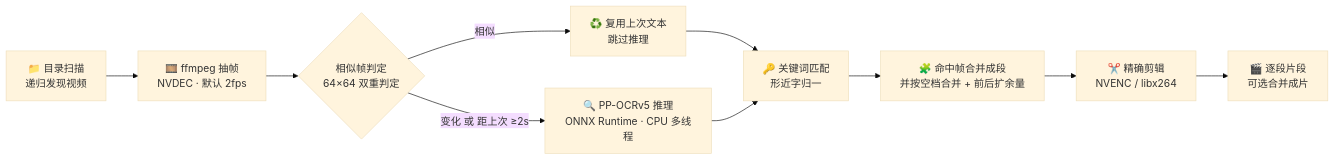
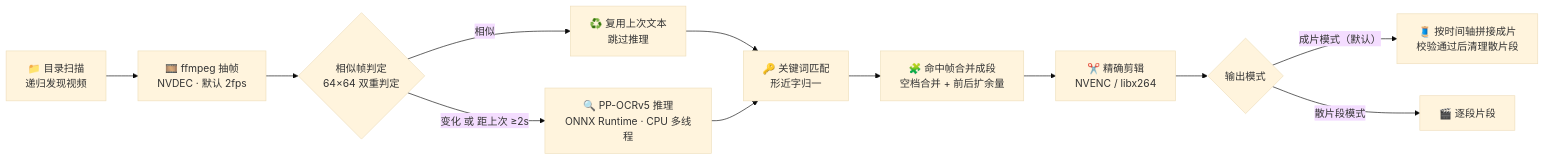
One commit to SrQingChen/QingSuo changed the diagram in README.md. Above: the diagram before and after it, drawn with Mermaid (base theme). The commit also changed other lines of this file and 6 other files, not shown here.

````diff
--- a/README.md
+++ b/README.md
@@ -120,12 +133,14 @@
 ```mermaid
 flowchart LR
     A["📁 目录扫描<br/>递归发现视频"] --> B["🎞️ ffmpeg 抽帧<br/>NVDEC · 默认 2fps"]
     B --> C{"相似帧判定<br/>64×64 双重判定"}
     C -->|"相似"| D["♻️ 复用上次文本<br/>跳过推理"]
     C -->|"变化 或 距上次 ≥2s"| E["🔍 PP-OCRv5 推理<br/>ONNX Runtime · CPU 多线程"]
     D --> F["🔑 关键词匹配<br/>形近字归一"]
     E --> F
-    F --> G["🧩 命中帧合并成段<br/>并按空档合并 + 前后扩余量"]
+    F --> G["🧩 命中帧合并成段<br/>空档合并 + 前后扩余量"]
     G --> H["✂️ 精确剪辑<br/>NVENC / libx264"]
-    H --> I["🎬 逐段片段<br/>可选合并成片"]
+    H --> I{"输出模式"}
+    I -->|"成片模式（默认）"| J["🧵 按时间轴拼接成片<br/>校验通过后清理散片段"]
+    I -->|"散片段模式"| K["🎬 逐段片段"]
 ```
````
